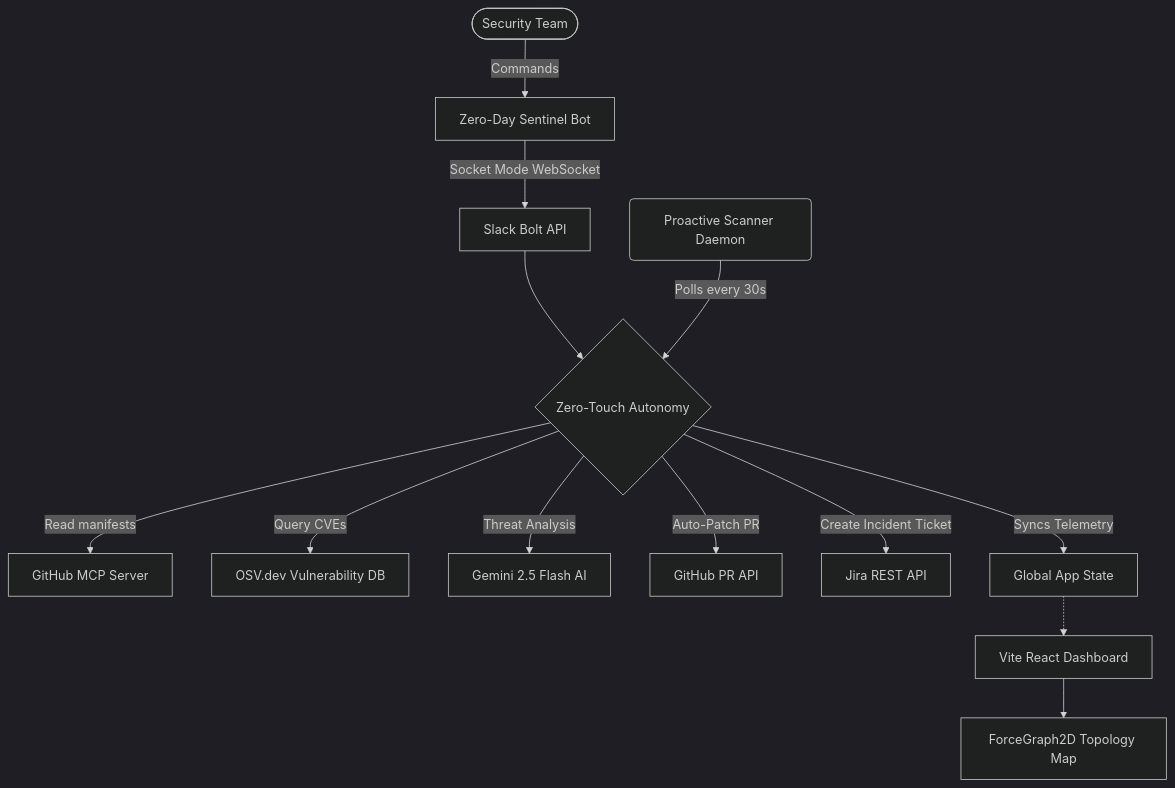
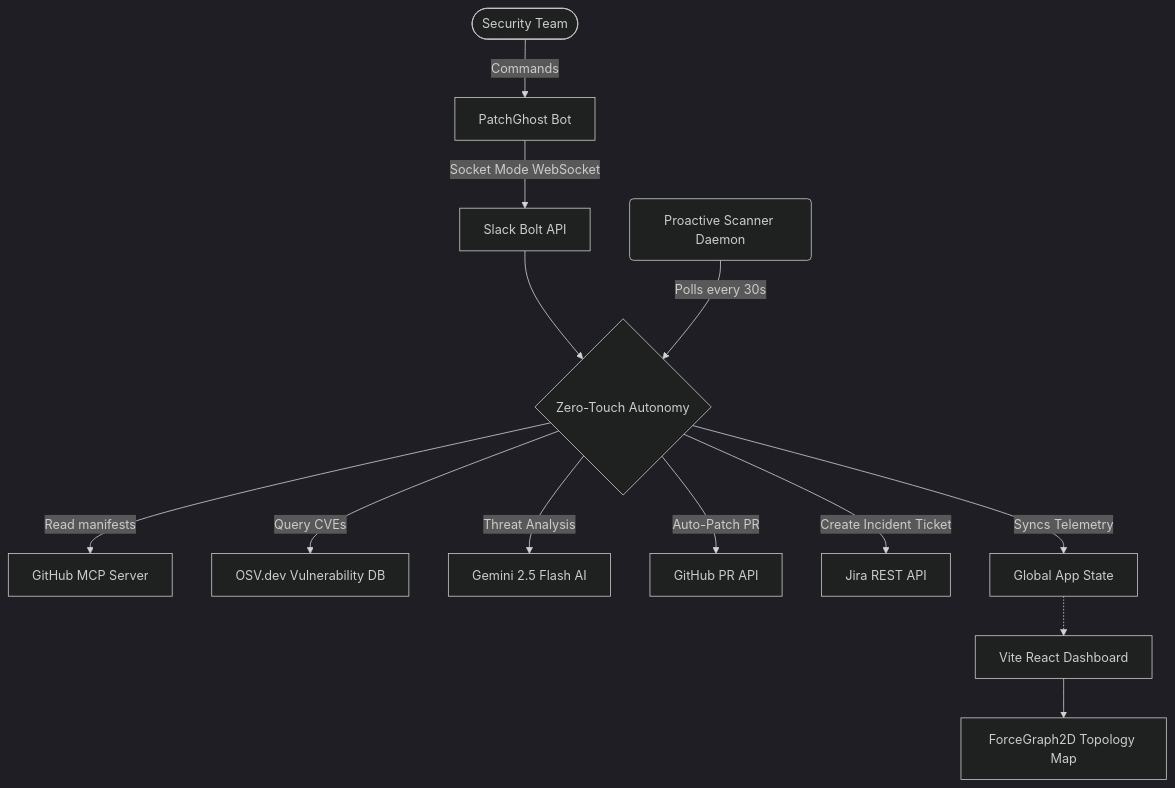
Before and after one commit to bkd-dotcom/slack-zero-day-demo: the diagram in README.md, drawn with Mermaid (dark theme). The commit also changed other lines of this file and 2 other files, not shown here.

Commit message:
chore: rebrand backend to PatchGhost safely

````diff
--- a/README.md
+++ b/README.md
@@ -17,19 +17,19 @@
 ```mermaid
 graph TD
-    User([Security Team]) -->|Commands| SlackApp[Zero-Day Sentinel Bot]
+    User([Security Team]) -->|Commands| SlackApp[PatchGhost Bot]
     SlackApp -->|Socket Mode WebSocket| SlackBolt[Slack Bolt API]
 
     SlackBolt --> CoreLogic{Zero-Touch Autonomy}
     Scanner(Proactive Scanner Daemon) -->|Polls every 30s| CoreLogic
     
     CoreLogic -->|Read manifests| GitHubMCP[GitHub MCP Server]
     CoreLogic -->|Query CVEs| OSV[OSV.dev Vulnerability DB]
     CoreLogic -->|Threat Analysis| Gemini[Gemini 2.5 Flash AI]
     
     CoreLogic -->|Auto-Patch PR| GitHubAPI[GitHub PR API]
     CoreLogic -->|Create Incident Ticket| Jira[Jira REST API]
 
     CoreLogic -->|Syncs Telemetry| State[Global App State]
     State -.-> Vite[Vite React Dashboard]
     Vite --> ForceGraph[ForceGraph2D Topology Map]
 ```
````
